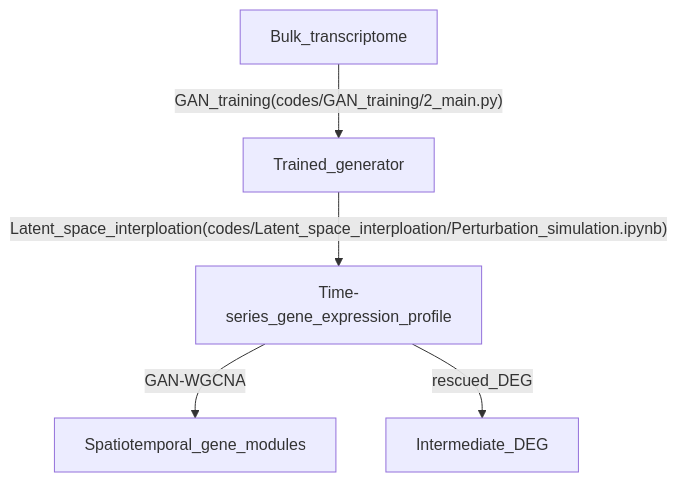
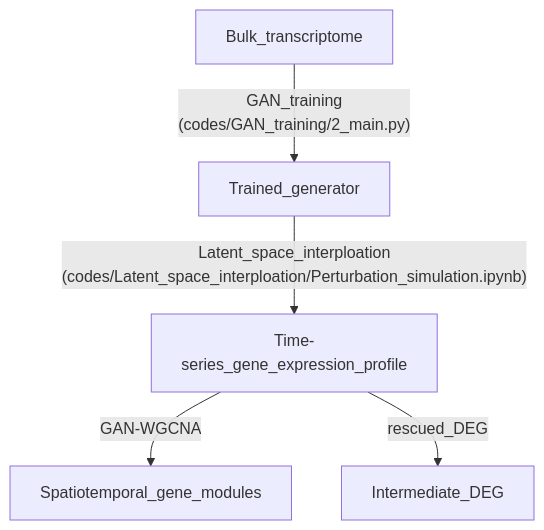
One commit to baicalin/GAN-WGCNA changed the diagram in README.md. Above: the diagram before and after it, drawn with Mermaid.

````diff
--- a/README.md
+++ b/README.md
@@ -6,8 +6,8 @@
 ```mermaid
 graph TD;
-    Bulk_transcriptome -- "GAN_training(codes/GAN_training/2_main.py)" --> Trained_generator
-    Trained_generator -- "Latent_space_interploation(codes/Latent_space_interploation/Perturbation_simulation.ipynb)" --> Time-series_gene_expression_profile;
+    Bulk_transcriptome -- "GAN_training<br/>(codes/GAN_training/2_main.py)" --> Trained_generator
+    Trained_generator -- "Latent_space_interploation<br/>(codes/Latent_space_interploation/Perturbation_simulation.ipynb)" --> Time-series_gene_expression_profile;
     Time-series_gene_expression_profile -- GAN-WGCNA --> Spatiotemporal_gene_modules;
     Time-series_gene_expression_profile -- rescued_DEG --> Intermediate_DEG;
 
 ```
````
